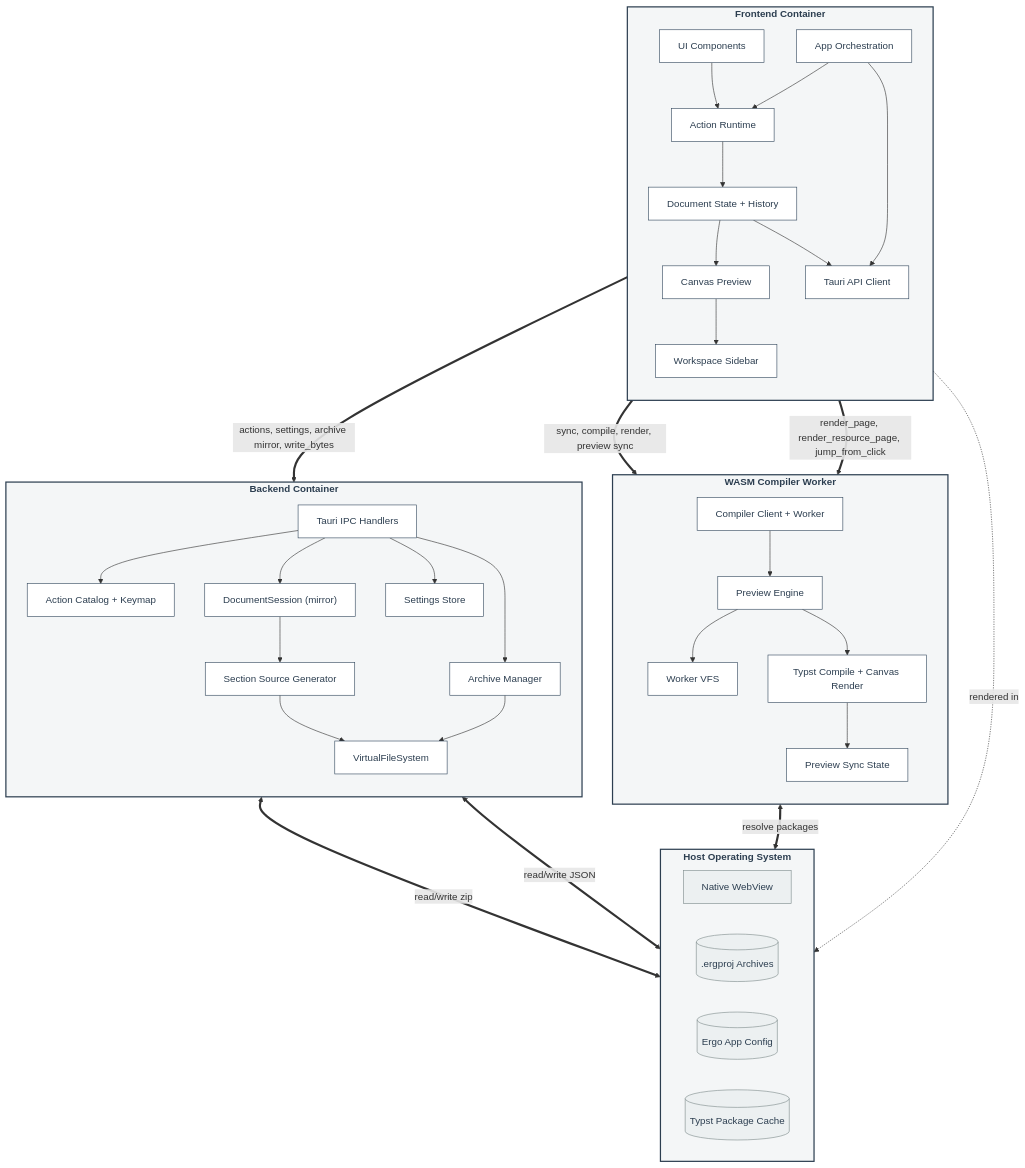
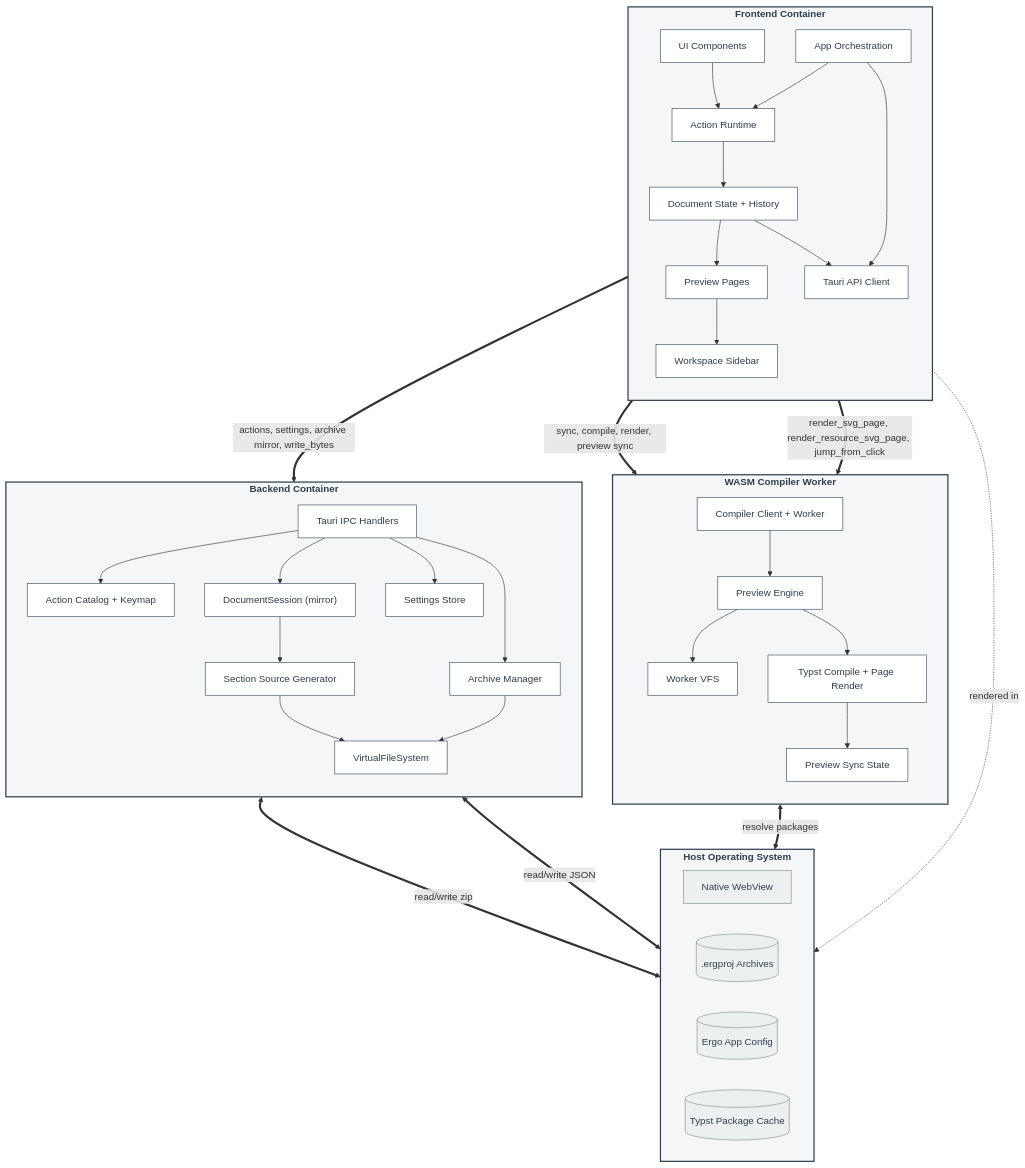
The diagram in context/component-diagram.md (andmoreduro/ergo), drawn with Mermaid before and after one commit. The commit also changed other lines of this file and 115 other files, not shown here.

````diff
--- a/context/component-diagram.md
+++ b/context/component-diagram.md
@@ -18,79 +18,79 @@
 ```mermaid
 flowchart TB
     classDef container fill:#f4f6f7,stroke:#2c3e50,stroke-width:2px,color:#2c3e50,font-weight:bold;
     classDef comp fill:#ffffff,stroke:#34495e,stroke-width:1px,color:#2c3e50;
     classDef db fill:#ecf0f1,stroke:#7f8c8d,stroke-width:1px,color:#2c3e50;
 
     subgraph Frontend ["Frontend Container"]
         direction TB
         UI["UI Components"]:::comp
         Actions["Action Runtime"]:::comp
         DocState["Document State + History"]:::comp
         AppOrch["App Orchestration"]:::comp
-        PreviewUI["Canvas Preview"]:::comp
+        PreviewUI["Preview Pages"]:::comp
         Sidebar["Workspace Sidebar"]:::comp
         TauriClient["Tauri API Client"]:::comp
 
         UI --> Actions
         Actions --> DocState
         AppOrch --> Actions
         AppOrch --> TauriClient
         DocState --> PreviewUI
         PreviewUI --> Sidebar
         DocState --> TauriClient
     end
 
     subgraph WasmWorker ["WASM Compiler Worker"]
         direction TB
         WorkerBridge["Compiler Client + Worker"]:::comp
         PreviewEngine["Preview Engine"]:::comp
         PreviewSync["Preview Sync State"]:::comp
         WorkerVFS["Worker VFS"]:::comp
-        TypstCompile["Typst Compile + Canvas Render"]:::comp
+        TypstCompile["Typst Compile + Page Render"]:::comp
 
         WorkerBridge --> PreviewEngine
         PreviewEngine --> WorkerVFS
         PreviewEngine --> TypstCompile
         TypstCompile --> PreviewSync
     end
 
     subgraph Backend ["Backend Container"]
         direction TB
         Handlers["Tauri IPC Handlers"]:::comp
         Session["DocumentSession (mirror)"]:::comp
         SourceGen["Section Source Generator"]:::comp
         VFS["VirtualFileSystem"]:::comp
         Archive["Archive Manager"]:::comp
         Settings["Settings Store"]:::comp
         ActionCatalog["Action Catalog + Keymap"]:::comp
 
         Handlers --> ActionCatalog
         Handlers --> Session
         Handlers --> Archive
         Handlers --> Settings
         Session --> SourceGen
         SourceGen --> VFS
         Archive --> VFS
     end
 
     subgraph System ["Host Operating System"]
         direction LR
         WebView["Native WebView"]:::db
         ProjectFiles[(".ergproj Archives")]:::db
         SettingsFile[("Ergo App Config")]:::db
         TypstCache[("Typst Package Cache")]:::db
     end
 
     Frontend -. "rendered in" .-> WebView
     DocState == "sync, compile, render, preview sync" ==> WorkerBridge
-    PreviewUI == "render_page, render_resource_page, jump_from_click" ==> WorkerBridge
+    PreviewUI == "render_svg_page, render_resource_svg_page, jump_from_click" ==> WorkerBridge
     TauriClient == "actions, settings, archive mirror, write_bytes" ==> Handlers
     Archive <== "read/write zip" ==> ProjectFiles
     Settings <== "read/write JSON" ==> SettingsFile
     TypstCompile <== "resolve packages" ==> TypstCache
 
     class Frontend container
     class WasmWorker container
     class Backend container
     class System container
 ```
````
